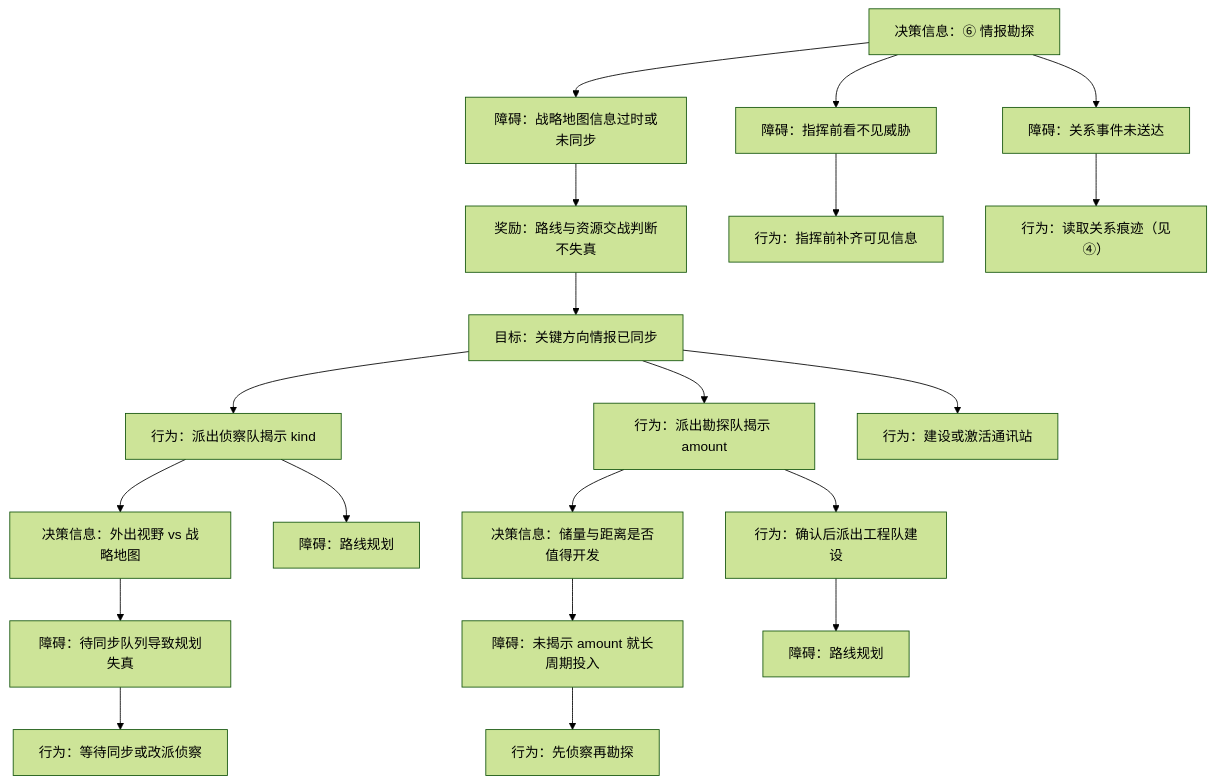
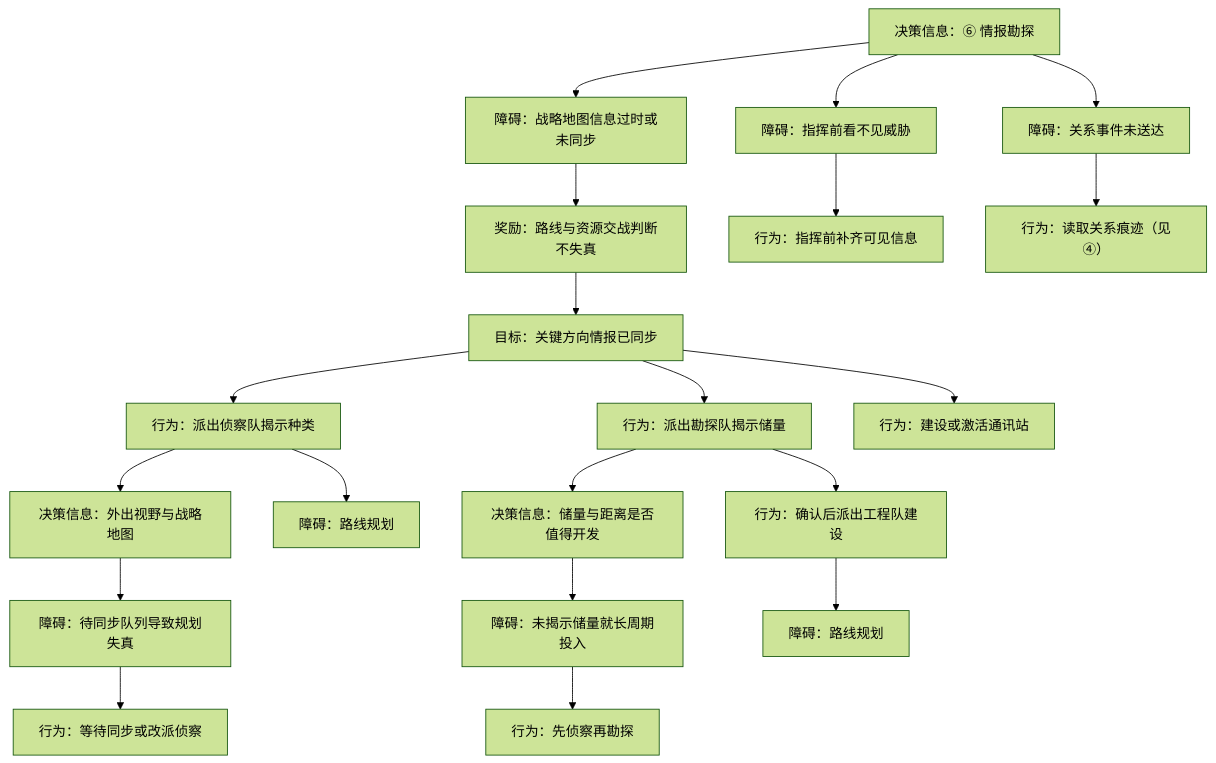
The eighth of 8 diagrams in Docs/01-草稿/交互链-循光之城.md (Estrella6066773/DriveToLight), drawn with Mermaid (forest theme) before and after one commit. The commit also changed other lines of this file and 5 other files, not shown here.

````diff
--- a/Docs/01-草稿/交互链-循光之城.md
+++ b/Docs/01-草稿/交互链-循光之城.md
@@ -595,23 +616,23 @@
 ```mermaid
 flowchart TD
   D6["决策信息：⑥ 情报勘探"]
   D6 --> O6a["障碍：战略地图信息过时或未同步"]
   O6a --> R6["奖励：路线与资源交战判断不失真"]
   R6 --> G6["目标：关键方向情报已同步"]
-  G6 --> A6a["行为：派出侦察队揭示 kind"]
-  G6 --> A6b["行为：派出勘探队揭示 amount"]
+  G6 --> A6a["行为：派出侦察队揭示种类"]
+  G6 --> A6b["行为：派出勘探队揭示储量"]
   G6 --> A6c["行为：建设或激活通讯站"]
-  A6a --> D6a["决策信息：外出视野 vs 战略地图"]
+  A6a --> D6a["决策信息：外出视野与战略地图"]
   D6a --> O6b["障碍：待同步队列导致规划失真"]
   O6b --> A6a1["行为：等待同步或改派侦察"]
   A6b --> D6b["决策信息：储量与距离是否值得开发"]
-  D6b --> O6c["障碍：未揭示 amount 就长周期投入"]
+  D6b --> O6c["障碍：未揭示储量就长周期投入"]
   O6c --> A6b1["行为：先侦察再勘探"]
   D6 --> O6d["障碍：指挥前看不见威胁"]
   O6d --> A6d["行为：指挥前补齐可见信息"]
   D6 --> O6e["障碍：关系事件未送达"]
   O6e --> A6e["行为：读取关系痕迹（见④）"]
   A6b --> A6f["行为：确认后派出工程队建设"]
   A6f --> O_rp6a["障碍：路线规划"]
   A6a --> O_rp6b["障碍：路线规划"]
 ```
````
